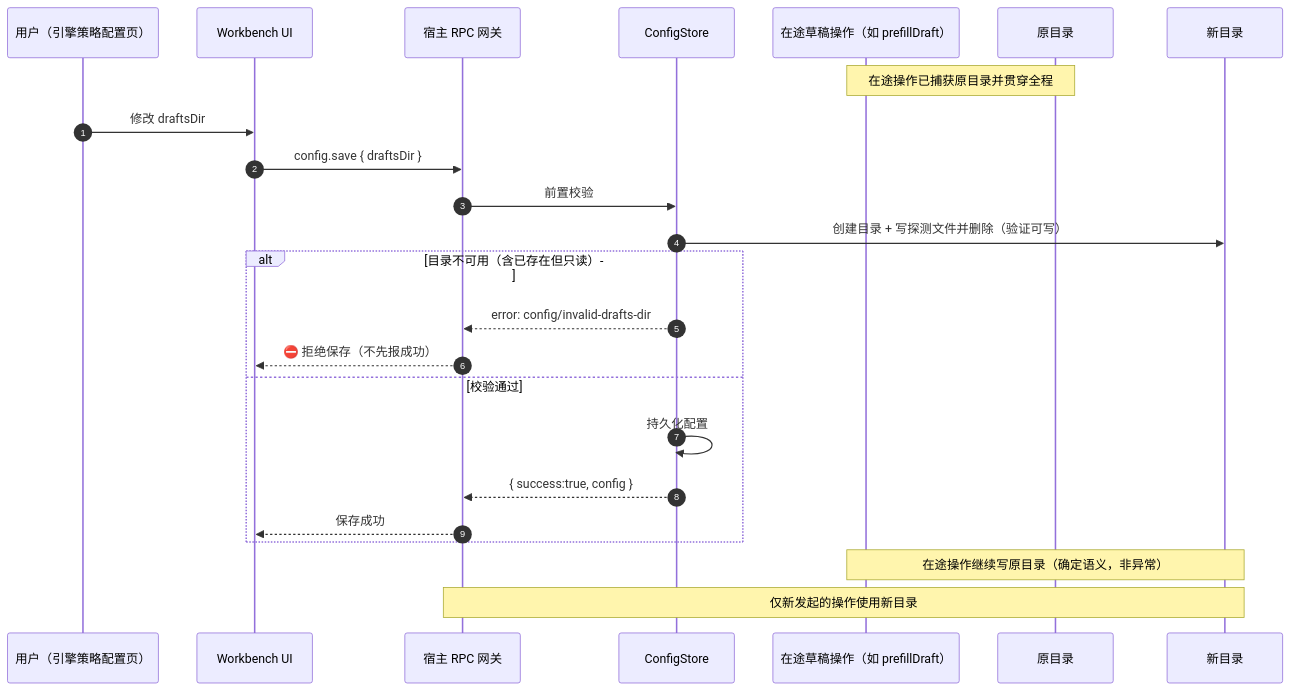
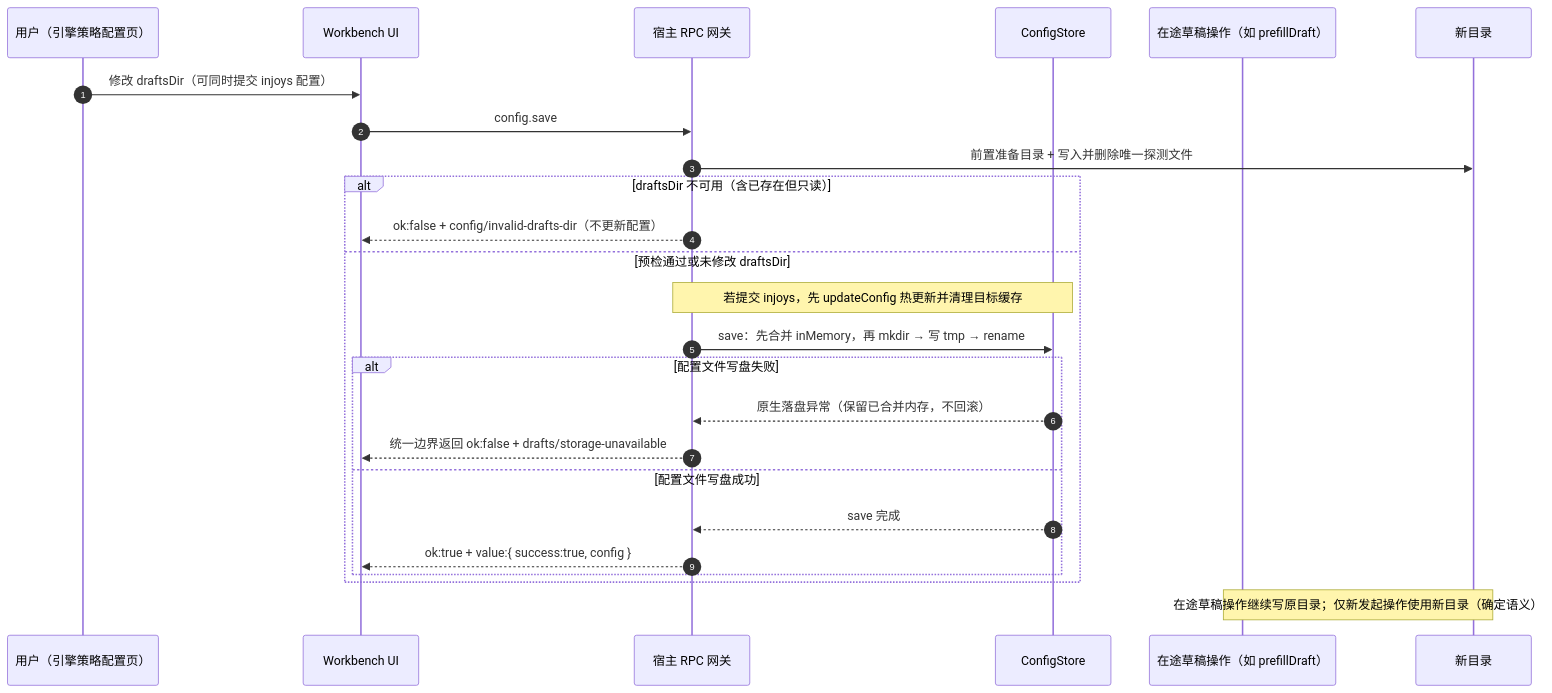
Before and after one commit to InJoysAI/dsh-growth-studio: the eighth of 10 diagrams in .context/architecture/runtime_view.md, drawn with Mermaid. The commit also changed other lines of this file and 8 other files, not shown here.

Commit message:
docs: sync config save-failure contract across architecture and testing assets

````diff
--- a/.context/architecture/runtime_view.md
+++ b/.context/architecture/runtime_view.md
@@ -356,27 +356,27 @@
 ```mermaid
 sequenceDiagram
     autonumber
     participant U as 用户（引擎策略配置页）
     participant WB as Workbench UI
     participant RPC as 宿主 RPC 网关
     participant CS as ConfigStore
     participant Op as 在途草稿操作（如 prefillDraft）
-    participant Old as 原目录
     participant New as 新目录
-
-    Note over Op,Old: 在途操作已捕获原目录并贯穿全程
-    U->>WB: 修改 draftsDir
-    WB->>RPC: config.save { draftsDir }
-    RPC->>CS: 前置校验
-    CS->>New: 创建目录 + 写探测文件并删除（验证可写）
-    alt 目录不可用（含已存在但只读）
-        CS-->>RPC: error: config/invalid-drafts-dir
-        RPC-->>WB: ⛔ 拒绝保存（不先报成功）
-    else 校验通过
-        CS->>CS: 持久化配置
-        CS-->>RPC: { success:true, config }
-        RPC-->>WB: 保存成功
+    U->>WB: 修改 draftsDir（可同时提交 injoys 配置）
+    WB->>RPC: config.save
+    RPC->>New: 前置准备目录 + 写入并删除唯一探测文件
+    alt draftsDir 不可用（含已存在但只读）
+        RPC-->>WB: ok:false + config/invalid-drafts-dir（不更新配置）
+    else 预检通过或未修改 draftsDir
+        Note over RPC,CS: 若提交 injoys，先 updateConfig 热更新并清理目标缓存
+        RPC->>CS: save：先合并 inMemory，再 mkdir → 写 tmp → rename
+        alt 配置文件写盘失败
+            CS-->>RPC: 原生落盘异常（保留已合并内存，不回滚）
+            RPC-->>WB: 统一边界返回 ok:false + drafts/storage-unavailable
+        else 配置文件写盘成功
+            CS-->>RPC: save 完成
+            RPC-->>WB: ok:true + value:{ success:true, config }
+        end
     end
-    Note over Op,New: 在途操作继续写原目录（确定语义，非异常）
-    Note over RPC,New: 仅新发起的操作使用新目录
+    Note over Op,New: 在途草稿操作继续写原目录；仅新发起操作使用新目录（确定语义）
 ```
````
